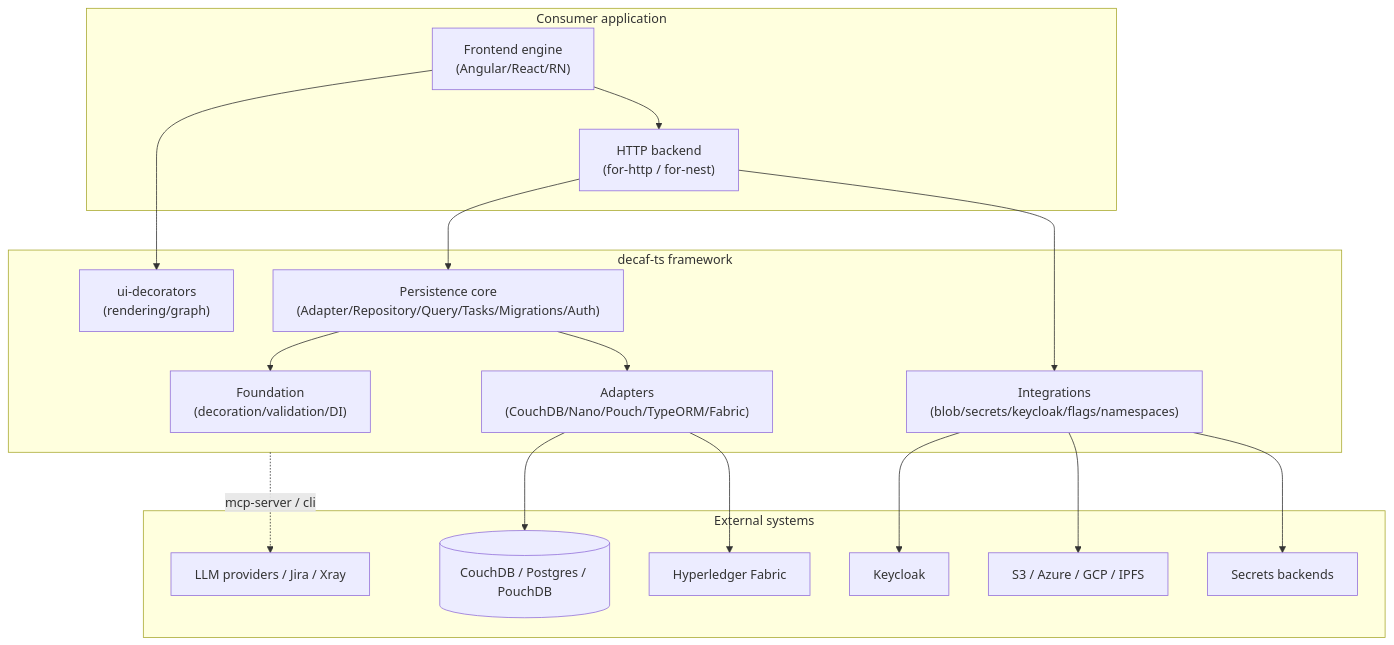
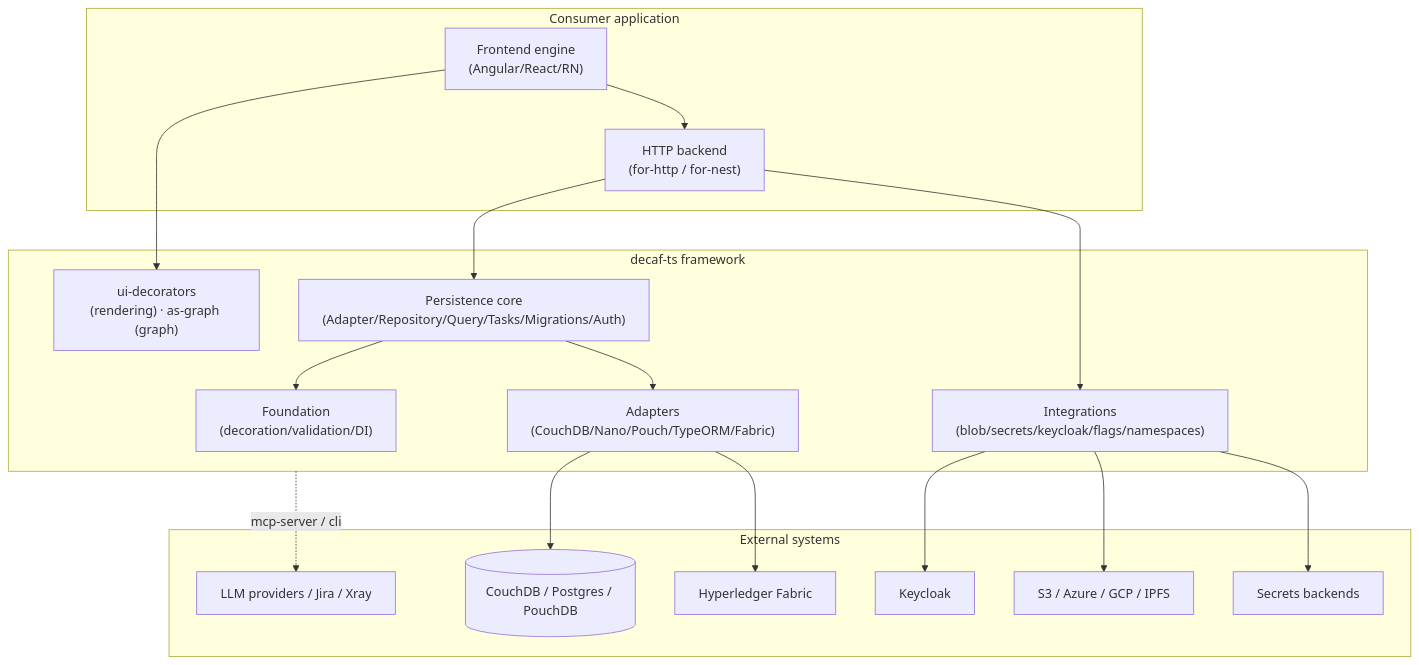
The diagram in workdocs/ai/project/technical-docs/architecture-handbook/00-overview.md (decaf-ts/decaf-ts), drawn with Mermaid before and after one commit. The commit also changed other lines of this file and 6 other files, not shown here.

Commit message:
DECAF-50: update graph design specification and architecture handbook for the as-graph UI delivery

````diff
--- a/workdocs/ai/project/technical-docs/architecture-handbook/00-overview.md
+++ b/workdocs/ai/project/technical-docs/architecture-handbook/00-overview.md
@@ -56,34 +56,34 @@
 ```mermaid
 graph TD
   subgraph App["Consumer application"]
     UI["Frontend engine<br/>(Angular/React/RN)"]
     BE["HTTP backend<br/>(for-http / for-nest)"]
   end
   subgraph Decaf["decaf-ts framework"]
     Found["Foundation<br/>(decoration/validation/DI)"]
     Core["Persistence core<br/>(Adapter/Repository/Query/Tasks/Migrations/Auth)"]
     Adapters["Adapters<br/>(CouchDB/Nano/Pouch/TypeORM/Fabric)"]
-    UI2["ui-decorators<br/>(rendering/graph)"]
+    UI2["ui-decorators<br/>(rendering) · as-graph (graph)"]
     Integ["Integrations<br/>(blob/secrets/keycloak/flags/namespaces)"]
   end
   subgraph External["External systems"]
     DB[("CouchDB / Postgres / PouchDB")]
     LEDGER["Hyperledger Fabric"]
     IDP["Keycloak"]
     OBJ["S3 / Azure / GCP / IPFS"]
     SEC["Secrets backends"]
     LLM["LLM providers / Jira / Xray"]
   end
   UI --> UI2
   UI --> BE
   BE --> Core
   Core --> Found
   Core --> Adapters
   Adapters --> DB
   Adapters --> LEDGER
   BE --> Integ
   Integ --> IDP
   Integ --> OBJ
   Integ --> SEC
   Decaf -.->|"mcp-server / cli"| LLM
 ```
````
